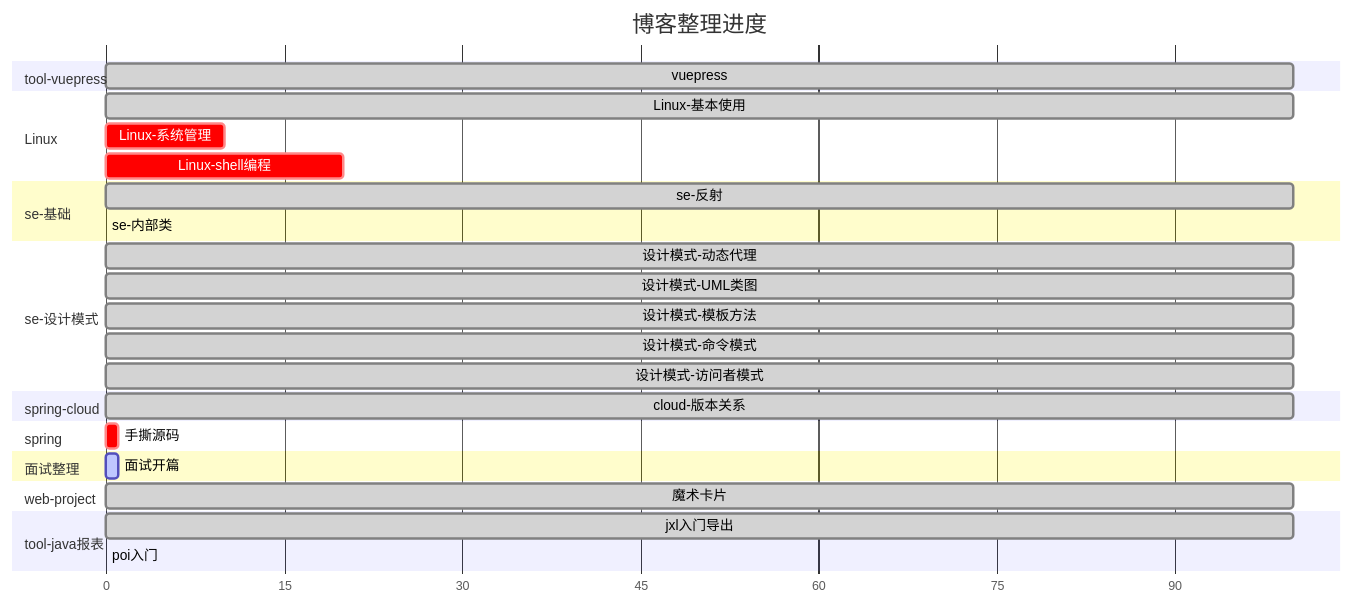
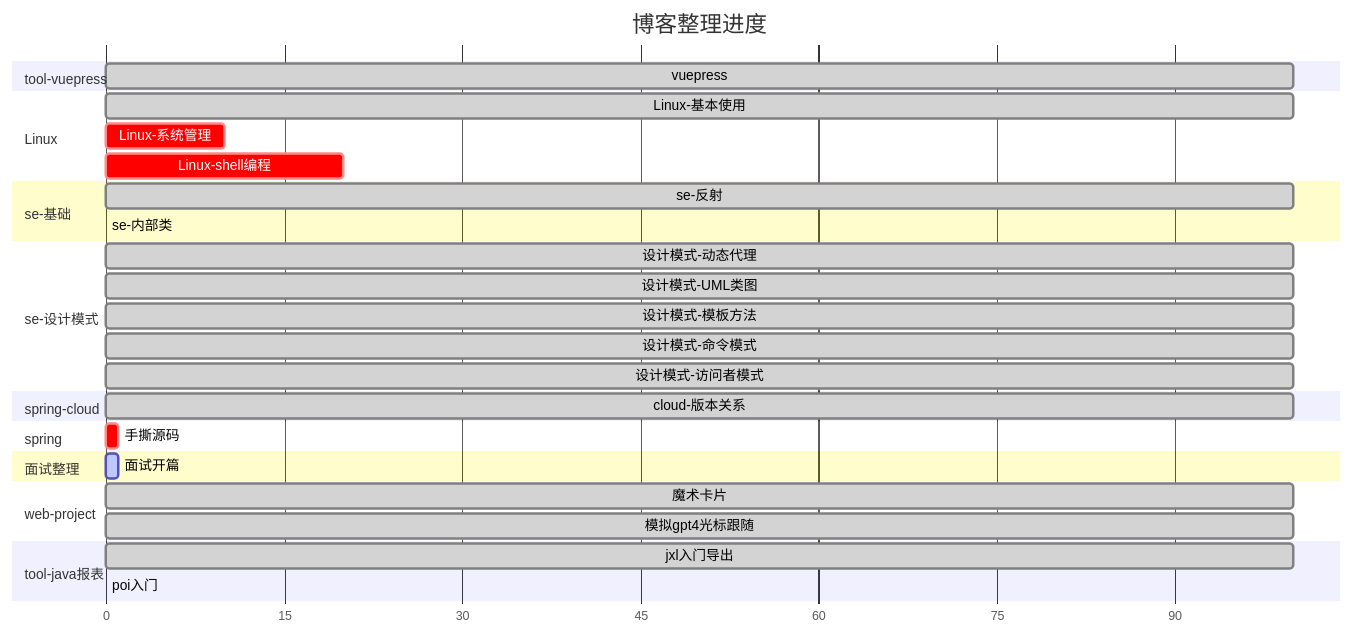
The diagram in docs/README.md (zs-mcu/docs), drawn with Mermaid before and after one commit. The commit also changed 2 other files, not shown here.

Commit message:
gpt光标跟随效果

````diff
--- a/docs/README.md
+++ b/docs/README.md
@@ -30,44 +30,45 @@
 ```mermaid
 gantt
   title 博客整理进度
   dateFormat X
   axisFormat %s
 
   section tool-vuepress
   vuepress        : done,0,100
 
   section Linux
   Linux-基本使用    : done,0,100
   Linux-系统管理    : crit,0,10
   Linux-shell编程   : crit,0,20
 
   section se-基础
   se-反射           :  done,0, 100
   se-内部类         : active,0,0
 
   section se-设计模式
   设计模式-动态代理   : done,0, 100
   设计模式-UML类图   : done,0,100
   设计模式-模板方法   : done,0,100
   设计模式-命令模式   : done,0,100
   设计模式-访问者模式 : done,0,100
 
   
 
   section spring-cloud
   cloud-版本关系    : done,0, 100
 
   section spring
   手撕源码          : crit,0, 1
 
   section 面试整理
   面试开篇          : active,0, 1
 
   section web-project
   魔术卡片          : done,0,100
+  模拟gpt4光标跟随   : done,0,100
 
   section tool-java报表
   jxl入门导出       :done,0,100
   poi入门          :crit,0,0
   
 ```
````
